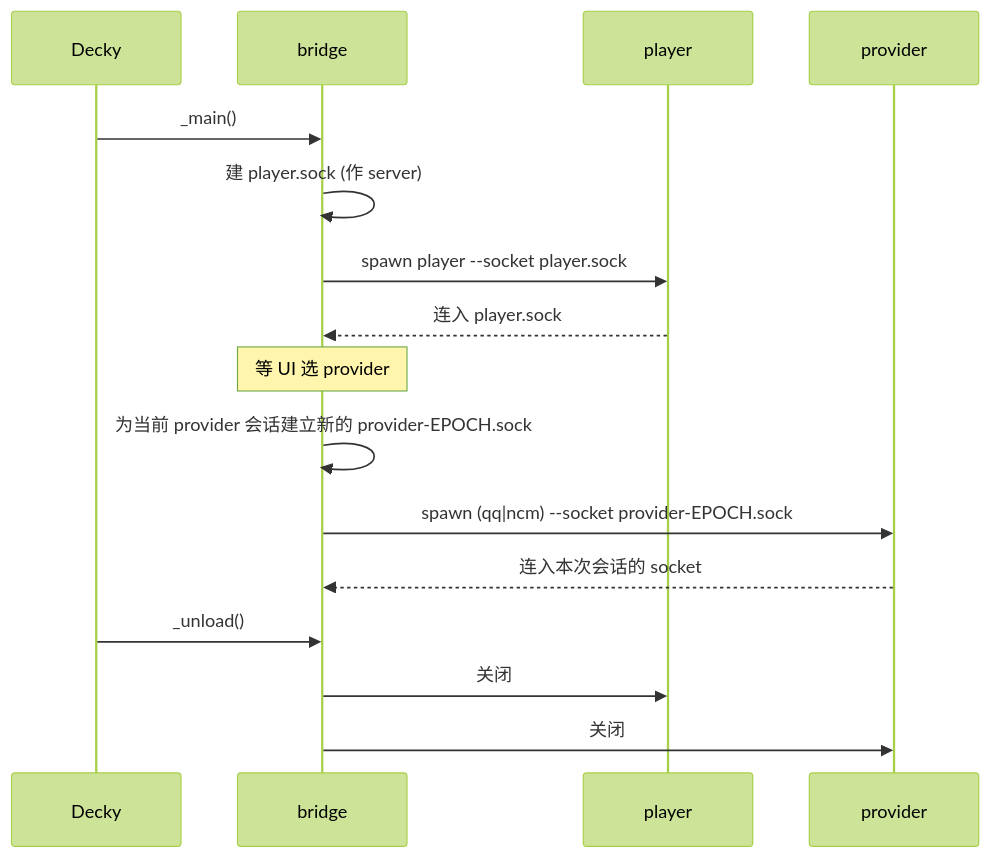
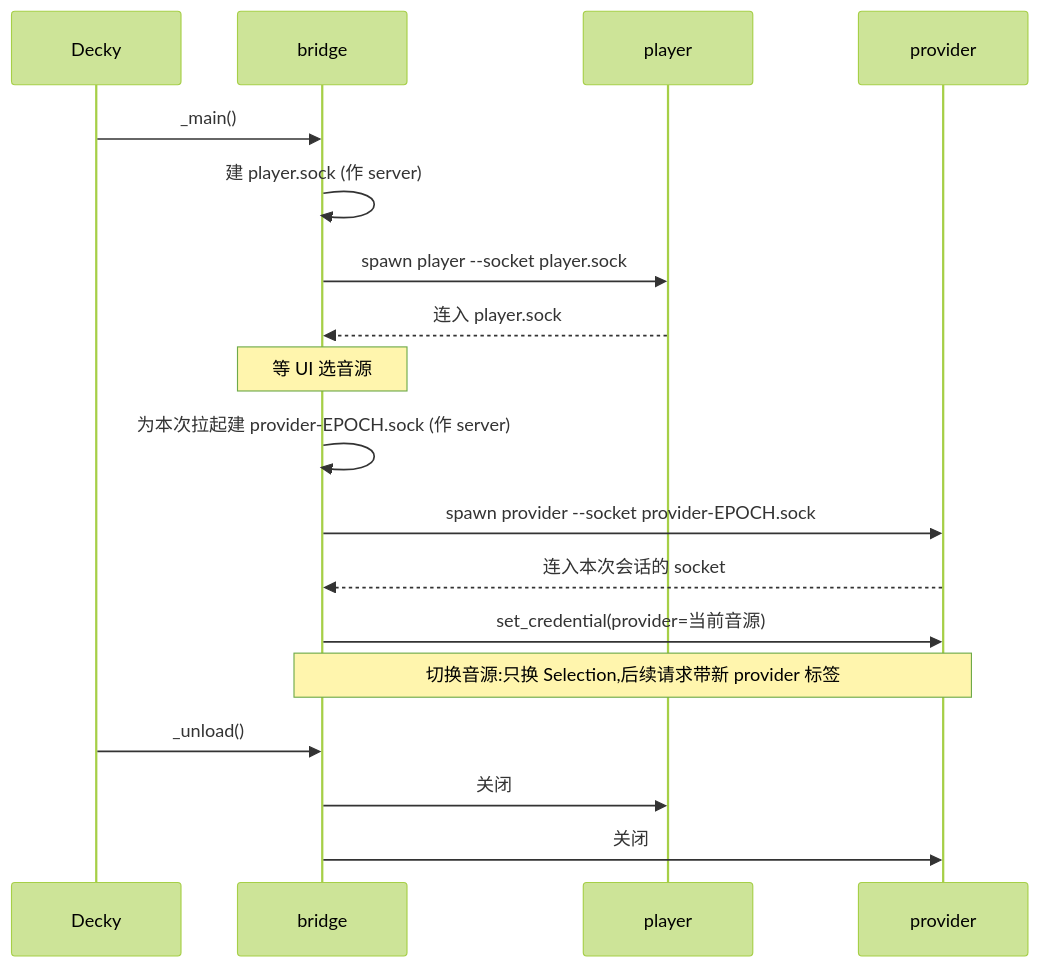
Before and after one commit to jinzhongjia/decky-music: the second of 6 diagrams in docs/DESIGN.md, drawn with Mermaid (forest theme). The commit also changed other lines of this file and 20 other files, not shown here.

````diff
--- a/docs/DESIGN.md
+++ b/docs/DESIGN.md
@@ -78,18 +82,20 @@
 ```mermaid
 sequenceDiagram
   participant D as Decky
   participant BR as bridge
   participant PL as player
   participant P as provider
   D->>BR: _main()
   BR->>BR: 建 player.sock (作 server)
   BR->>PL: spawn player --socket player.sock
   PL-->>BR: 连入 player.sock
-  Note over BR: 等 UI 选 provider
-  BR->>BR: 为当前 provider 会话建立新的 provider-EPOCH.sock
-  BR->>P: spawn (qq|ncm) --socket provider-EPOCH.sock
+  Note over BR: 等 UI 选音源
+  BR->>BR: 为本次拉起建 provider-EPOCH.sock (作 server)
+  BR->>P: spawn provider --socket provider-EPOCH.sock
   P-->>BR: 连入本次会话的 socket
+  BR->>P: set_credential(provider=当前音源)
+  Note over BR,P: 切换音源:只换 Selection,后续请求带新 provider 标签
   D->>BR: _unload()
   BR->>PL: 关闭
   BR->>P: 关闭
 ```
````
